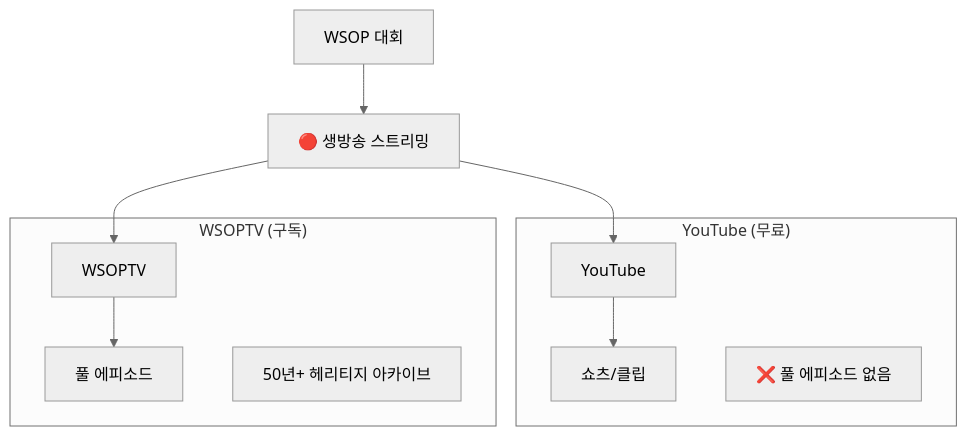
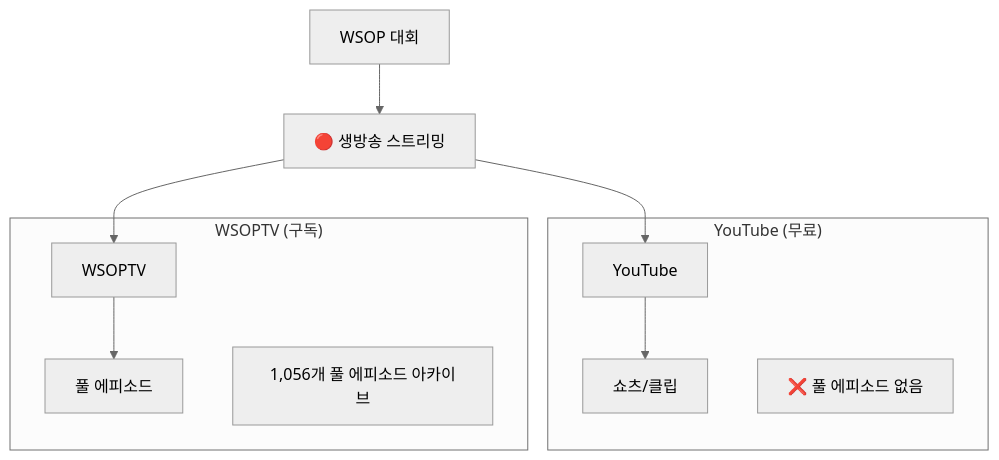
The third of 14 diagrams in tasks/prds/0010-prd-wsoptv/README.md (garimto81/wsoptv_v2), drawn with Mermaid (neutral theme) before and after one commit. The commit also changed other lines of this file and 27 other files, not shown here.

````diff
--- a/tasks/prds/0010-prd-wsoptv/README.md
+++ b/tasks/prds/0010-prd-wsoptv/README.md
@@ -74,22 +77,22 @@
 ```mermaid
 flowchart TB
     A[WSOP 대회] --> B[🔴 생방송 스트리밍]
 
     B --> C[YouTube]
     B --> D[WSOPTV]
 
     C --> E[쇼츠/클립]
     D --> F[풀 에피소드]
 
     subgraph YouTube_무료["YouTube (무료)"]
         C
         E
         G[❌ 풀 에피소드 없음]
     end
 
     subgraph WSOPTV_구독["WSOPTV (구독)"]
         D
         F
-        H[50년+ 헤리티지 아카이브]
+        H[1,056개 풀 에피소드 아카이브]
     end
 ```
````
